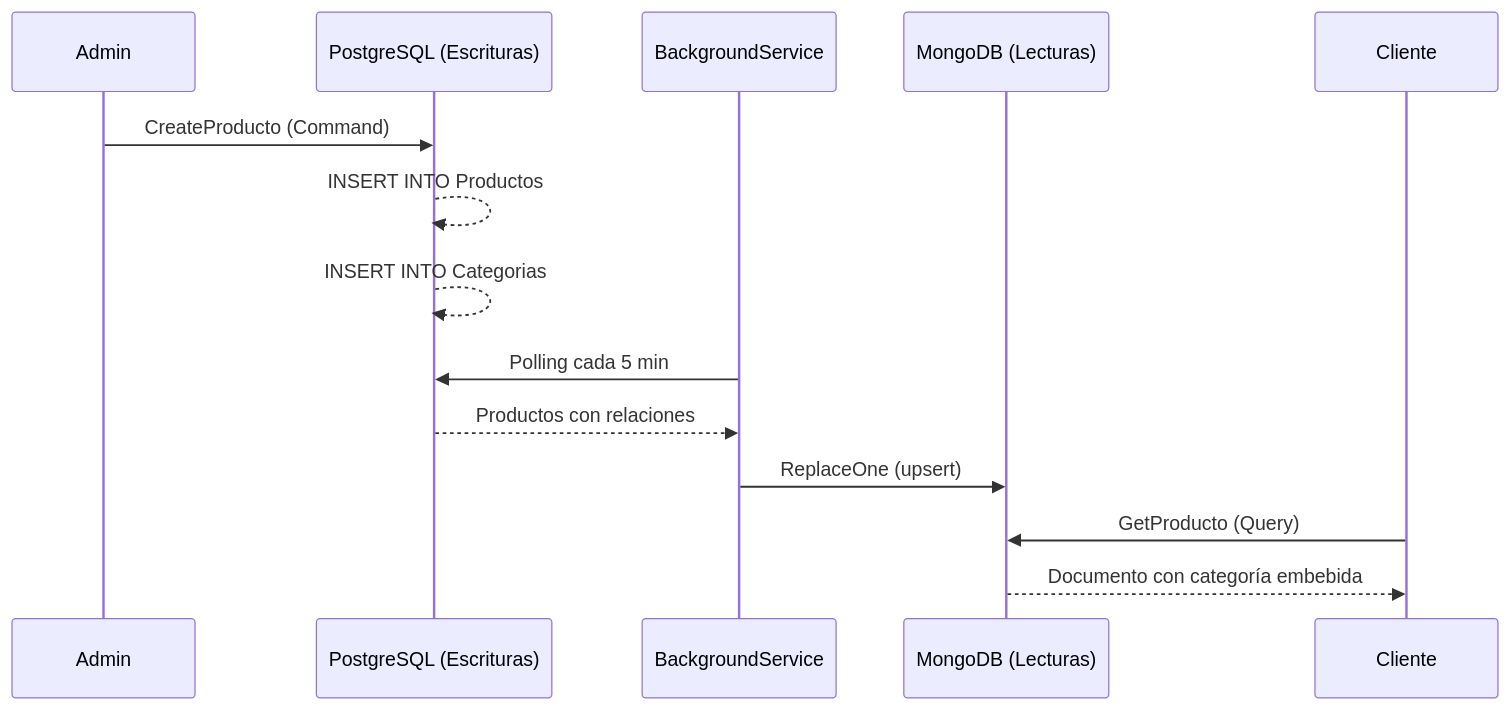
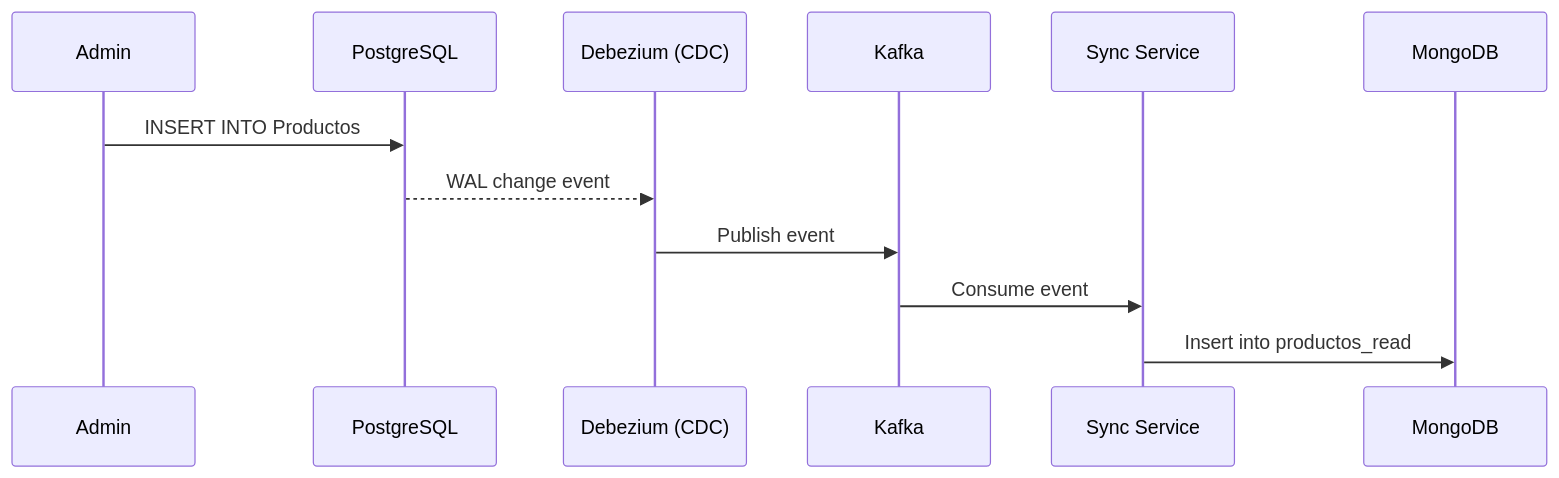
Before and after one commit to joseluisgs/DesarrolloWebEntornosServidor-02-2026-2027: the eighth of 9 diagrams in 30-cqrs-mediator.md, drawn with Mermaid. The commit also changed other lines of this file, not shown here.

First line of the commit message:
[docs] Ampliar 30-cqrs-mediator con opciones de sincronizacion

````diff
--- a/30-cqrs-mediator.md
+++ b/30-cqrs-mediator.md
@@ -567,17 +631,15 @@
 ```mermaid
 sequenceDiagram
     participant Admin as Admin
-    participant SQL as PostgreSQL (Escrituras)
-    participant Sync as BackgroundService
-    participant Mongo as MongoDB (Lecturas)
-    participant Cliente as Cliente
+    participant SQL as PostgreSQL
+    participant CDC as Debezium (CDC)
+    participant Kafka as Kafka
+    participant Consumer as Sync Service
+    participant Mongo as MongoDB
 
-    Admin->>SQL: CreateProducto (Command)
-    SQL-->>SQL: INSERT INTO Productos
-    SQL-->>SQL: INSERT INTO Categorias
-    Sync->>SQL: Polling cada 5 min
-    SQL-->>Sync: Productos con relaciones
-    Sync->>Mongo: ReplaceOne (upsert)
-    Cliente->>Mongo: GetProducto (Query)
-    Mongo-->>Cliente: Documento con categoría embebida
+    Admin->>SQL: INSERT INTO Productos
+    SQL-->>CDC: WAL change event
+    CDC->>Kafka: Publish event
+    Kafka->>Consumer: Consume event
+    Consumer->>Mongo: Insert into productos_read
 ```
````
